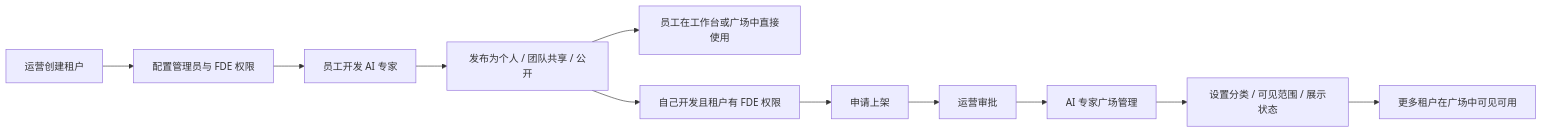
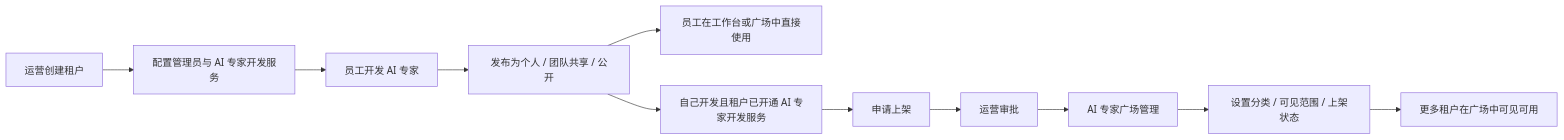
One commit to wanquanY/Frontis_prd changed the first of 4 diagrams in Frontis AI · 完整 PRD V2.md. Above: the diagram before and after it, drawn with Mermaid. The commit also changed other lines of this file and 7 other files, not shown here.

````diff
--- a/Frontis AI · 完整 PRD V2.md
+++ b/Frontis AI · 完整 PRD V2.md
@@ -61,13 +61,13 @@
 ```mermaid
 flowchart LR
-  A["运营创建租户"] --> B["配置管理员与 FDE 权限"]
+  A["运营创建租户"] --> B["配置管理员与 AI 专家开发服务"]
   B --> C["员工开发 AI 专家"]
   C --> D["发布为个人 / 团队共享 / 公开"]
   D --> E["员工在工作台或广场中直接使用"]
-  D --> F["自己开发且租户有 FDE 权限"]
+  D --> F["自己开发且租户已开通 AI 专家开发服务"]
   F --> G["申请上架"]
   G --> H["运营审批"]
   H --> I["AI 专家广场管理"]
-  I --> J["设置分类 / 可见范围 / 展示状态"]
+  I --> J["设置分类 / 可见范围 / 上架状态"]
   J --> K["更多租户在广场中可见可用"]
 ```
````
